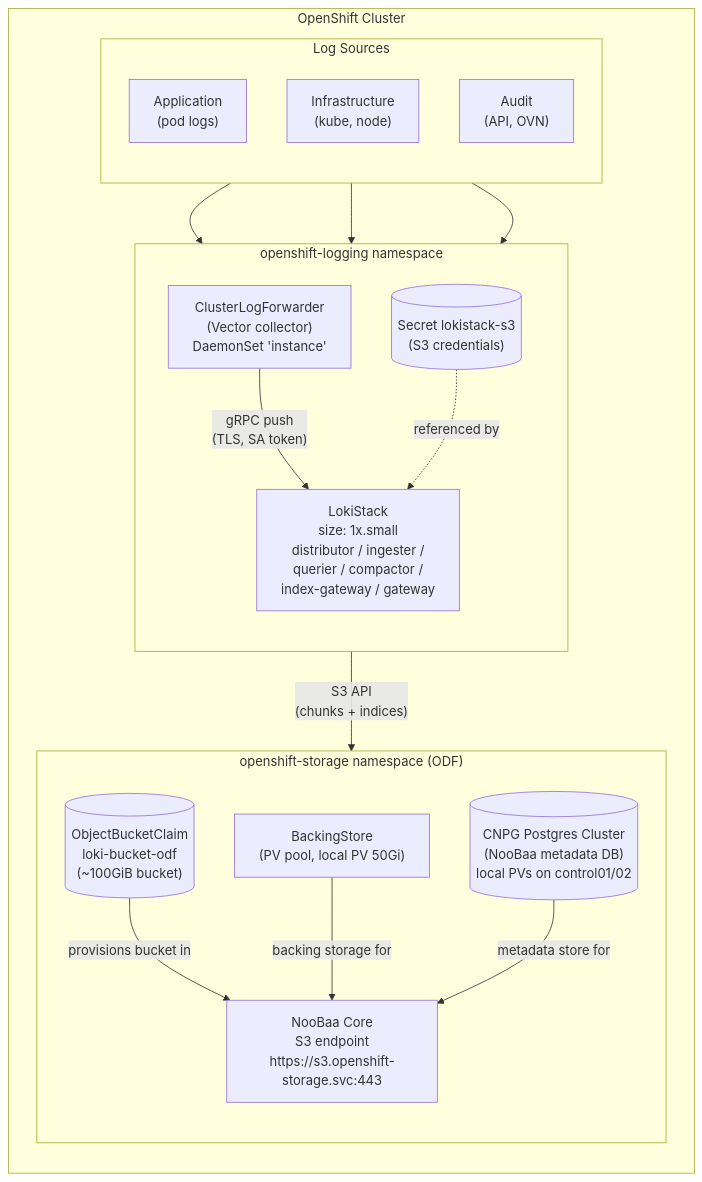
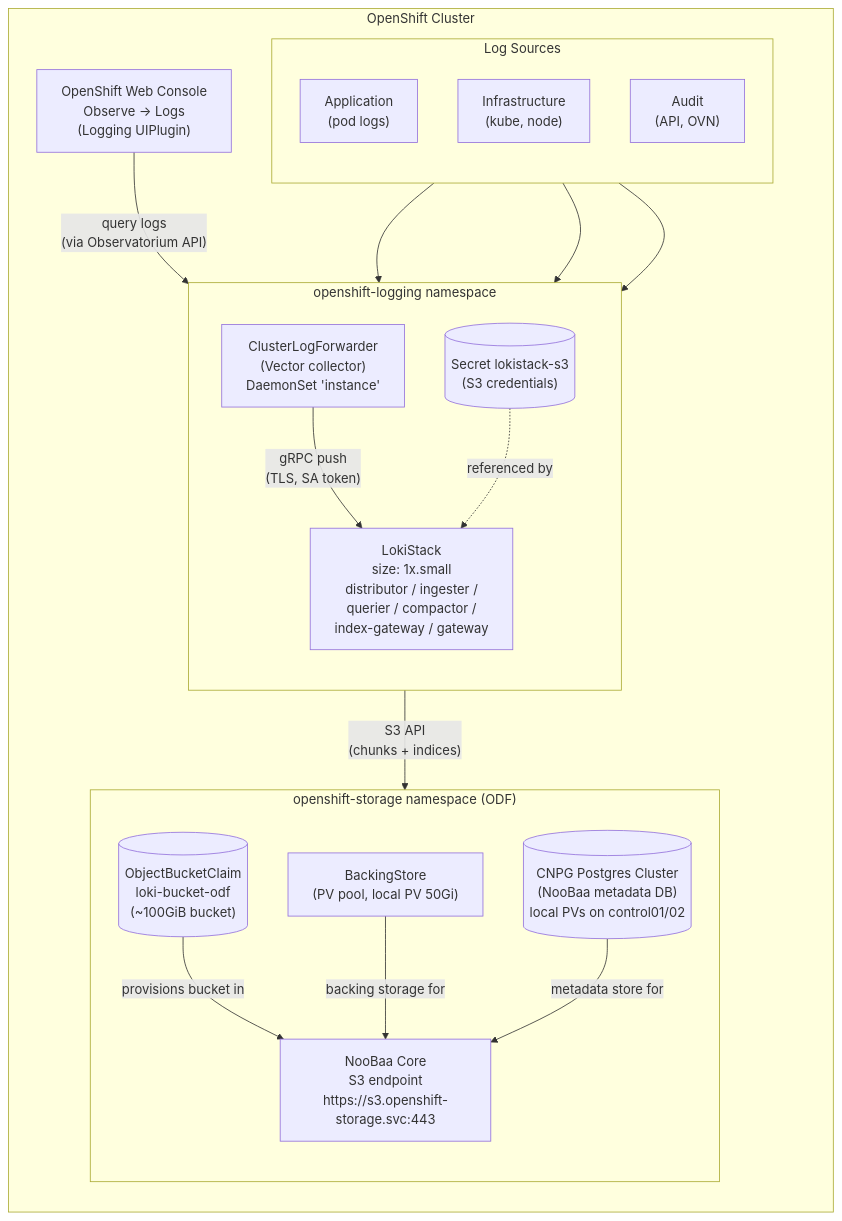
One commit to syangsao/openshift_logging changed the diagram in README.md. Above: the diagram before and after it, drawn with Mermaid. The commit also changed other lines of this file and 1 other file, not shown here.

Commit message:
Add Logging UIPlugin setup (Step 13) for Observe → Logs console tab

````diff
--- a/README.md
+++ b/README.md
@@ -7,38 +7,41 @@
 ```mermaid
 flowchart LR
     subgraph cluster["OpenShift Cluster"]
         direction TB
+
+        CONSOLE["OpenShift Web Console<br/>Observe → Logs<br/>(Logging UIPlugin)"]
 
         subgraph src["Log Sources"]
             direction TB
             APP["Application<br/>(pod logs)"]
             INFRA["Infrastructure<br/>(kube, node)"]
             AUDIT["Audit<br/>(API, OVN)"]
         end
 
         subgraph logns["openshift-logging namespace"]
             direction TB
             CLF["ClusterLogForwarder<br/>(Vector collector)<br/>DaemonSet 'instance'"]
             LS["LokiStack<br/>size: 1x.small<br/>distributor / ingester /<br/>querier / compactor /<br/>index-gateway / gateway"]
             S3SECRET[("Secret lokistack-s3<br/>(S3 credentials)")]
         end
 
         subgraph odfns["openshift-storage namespace (ODF)"]
             direction TB
             NOOBAA["NooBaa Core<br/>S3 endpoint<br/>https://s3.openshift-storage.svc:443"]
             BS["BackingStore<br/>(PV pool, local PV 50Gi)"]
             OBC[("ObjectBucketClaim<br/>loki-bucket-odf<br/>(~100GiB bucket)")]
             CNPG[("CNPG Postgres Cluster<br/>(NooBaa metadata DB)<br/>local PVs on control01/02")]
         end
     end
 
     APP --> CLF
     INFRA --> CLF
     AUDIT --> CLF
     CLF -- "gRPC push<br/>(TLS, SA token)" --> LS
     S3SECRET -.->|"referenced by"| LS
     LS -- "S3 API<br/>(chunks + indices)" --> NOOBAA
     OBC -- "provisions bucket in" --> NOOBAA
     BS -- "backing storage for" --> NOOBAA
     CNPG -- "metadata store for" --> NOOBAA
+    CONSOLE -- "query logs<br/>(via Observatorium API)" --> LS
 ```
````
